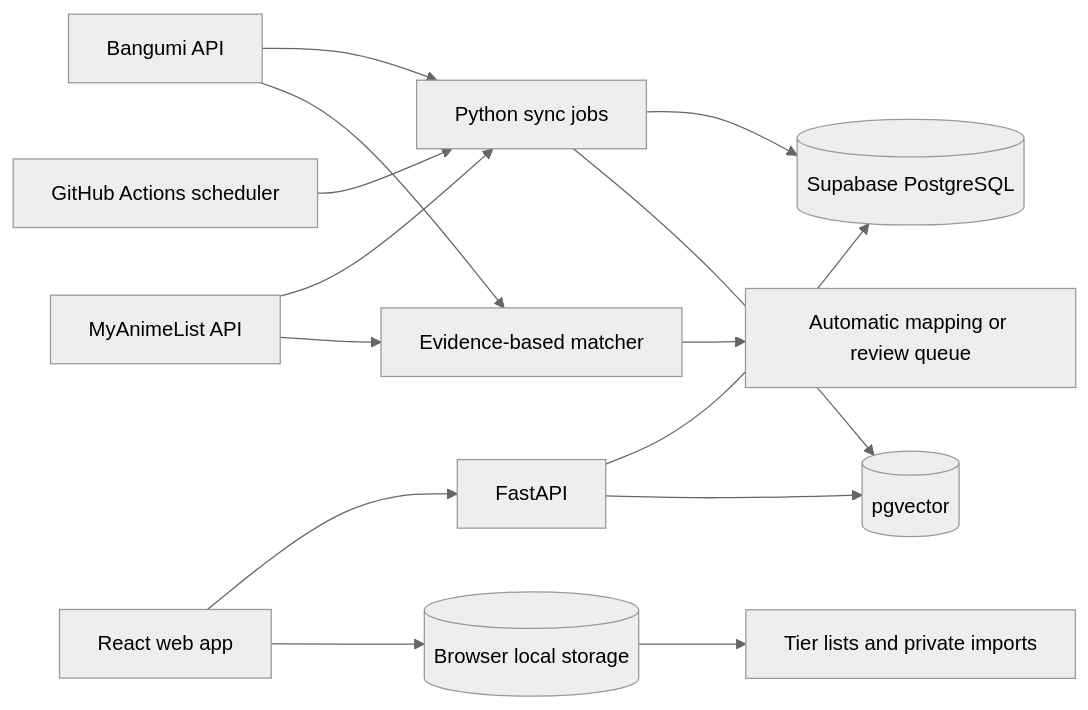
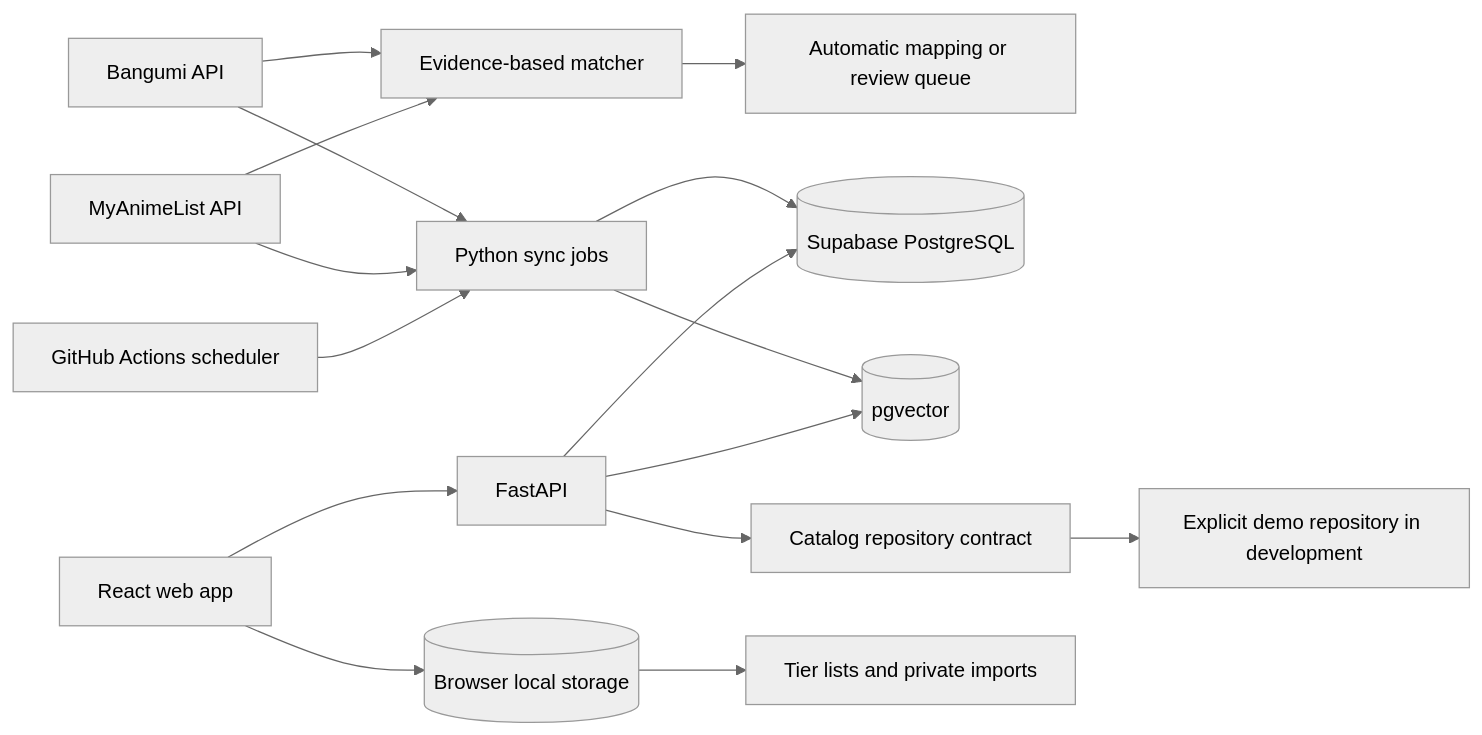
Before and after one commit to XifanZz/anime-oscilloscope: the diagram in docs/architecture.md, drawn with Mermaid (neutral theme). The commit also changed other lines of this file and 15 other files, not shown here.

````diff
--- a/docs/architecture.md
+++ b/docs/architecture.md
@@ -5,16 +5,18 @@
 ```mermaid
 flowchart LR
   B[Bangumi API] --> J[Python sync jobs]
   M[MyAnimeList API] --> J
   B --> X[Evidence-based matcher]
   M --> X
   X --> R[Automatic mapping or review queue]
   J --> Q[(Supabase PostgreSQL)]
   J --> V[(pgvector)]
   G[GitHub Actions scheduler] --> J
   W[React web app] --> A[FastAPI]
+  A --> C[Catalog repository contract]
+  C --> D[Explicit demo repository in development]
   A --> Q
   A --> V
   W --> L[(Browser local storage)]
   L --> T[Tier lists and private imports]
 ```
````
